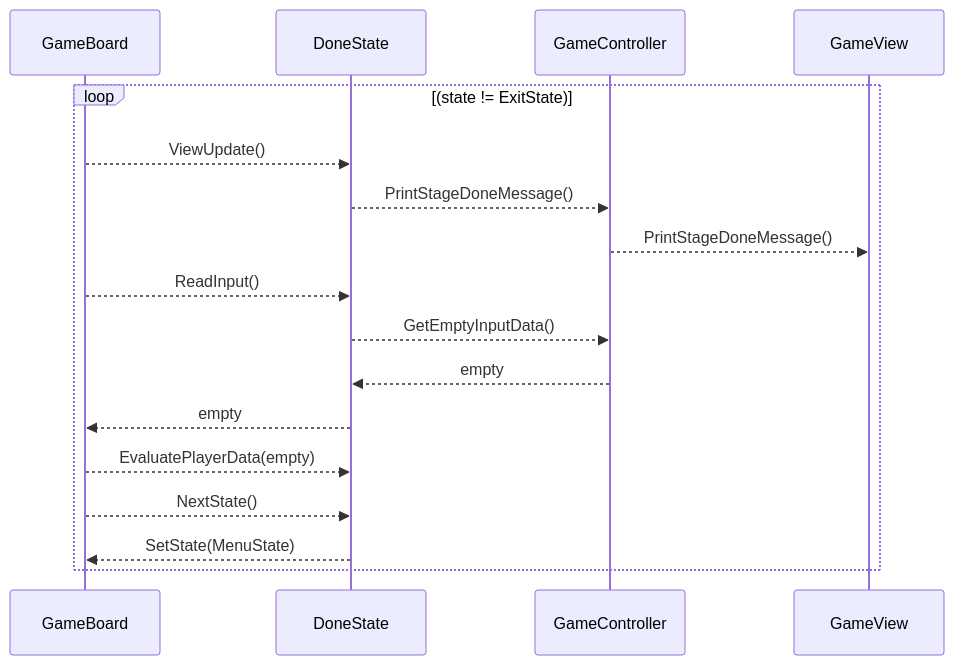
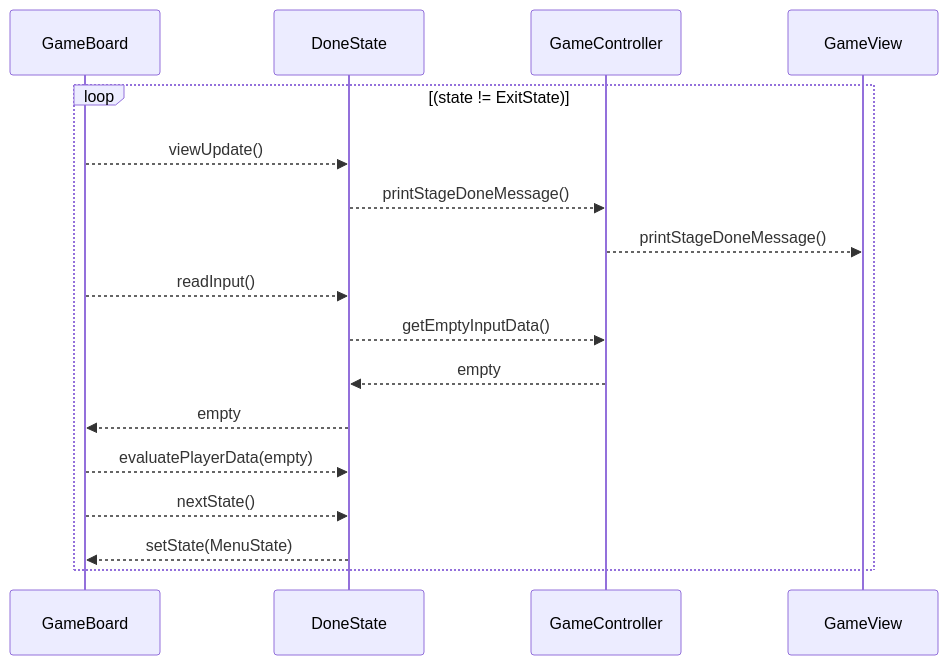
The fifth of 7 diagrams in docs/sequence_diagram.md (digiry/java-baseball-precourse), drawn with Mermaid before and after one commit. The commit also changed other lines of this file and 1 other file, not shown here.

````diff
--- a/docs/sequence_diagram.md
+++ b/docs/sequence_diagram.md
@@ -159,23 +159,23 @@
 ```mermaid
 sequenceDiagram
     participant GameBoard
     participant DoneState
     participant GameController
     participant GameView
 
     loop (state != ExitState)
-        GameBoard -->> DoneState: ViewUpdate()
-        DoneState -->> GameController: PrintStageDoneMessage()
-        GameController -->> GameView: PrintStageDoneMessage()
+        GameBoard -->> DoneState: viewUpdate()
+        DoneState -->> GameController: printStageDoneMessage()
+        GameController -->> GameView: printStageDoneMessage()
 
-        GameBoard -->> DoneState: ReadInput()
-        DoneState -->> GameController: GetEmptyInputData()
+        GameBoard -->> DoneState: readInput()
+        DoneState -->> GameController: getEmptyInputData()
         GameController -->> DoneState: empty
         DoneState -->> GameBoard: empty
 
-        GameBoard -->> DoneState: EvaluatePlayerData(empty)
+        GameBoard -->> DoneState: evaluatePlayerData(empty)
 
-        GameBoard -->> DoneState: NextState()
-        DoneState -->> GameBoard: SetState(MenuState)
+        GameBoard -->> DoneState: nextState()
+        DoneState -->> GameBoard: setState(MenuState)
     end
 ```
````
